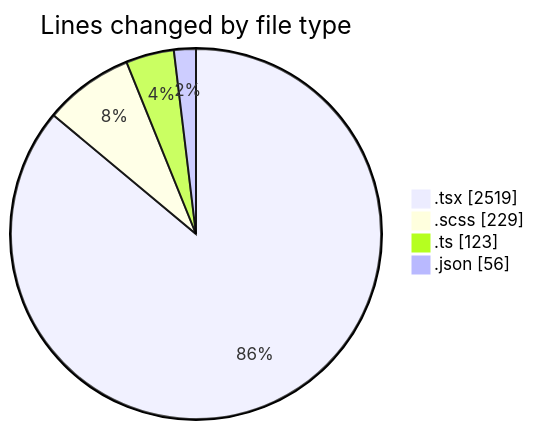
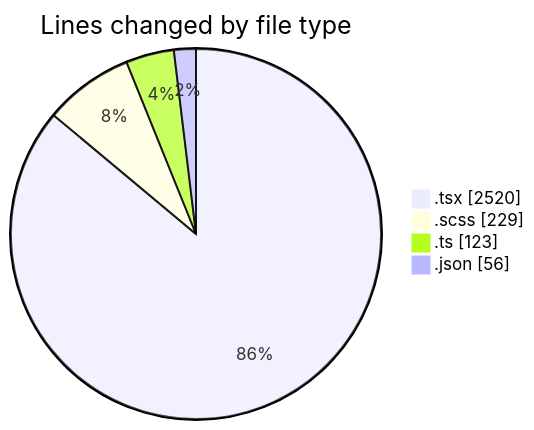
One commit to momahboobian/code-tracking changed the first of 2 diagrams in 2026-10-30/cda/README.md. Above: the diagram before and after it, drawn with Mermaid. The commit also changed other lines of this file and 1 other file, not shown here.

````diff
--- a/2026-10-30/cda/README.md
+++ b/2026-10-30/cda/README.md
@@ -38,8 +38,8 @@
 ```mermaid
 pie showData
 title Lines changed by file type
-".tsx" : 2519
+".tsx" : 2520
 ".scss" : 229
 ".ts" : 123
 ".json" : 56
 ```
````
